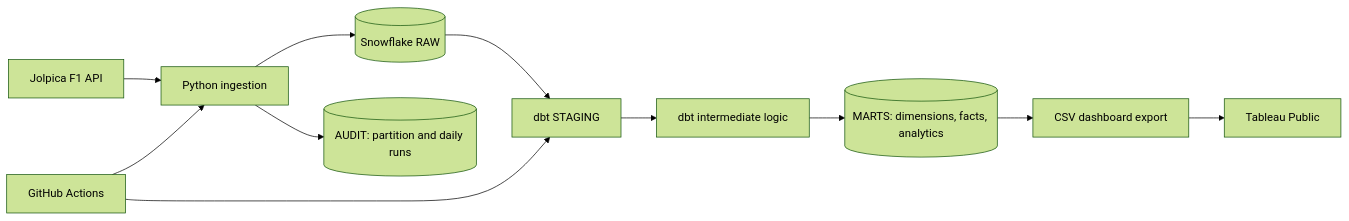
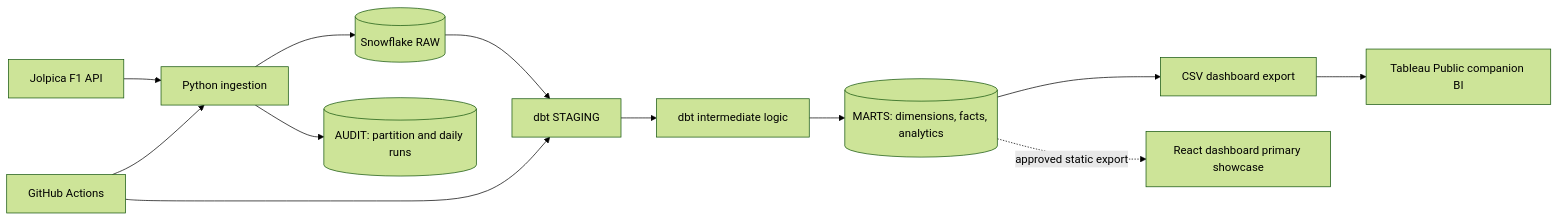
One commit to boseaditya1994/formula1-analytics-engineering changed the diagram in docs/architecture.md. Above: the diagram before and after it, drawn with Mermaid (forest theme). The commit also changed other lines of this file and 108 other files, not shown here.

Commit message:
feat: add secure React championship dashboard

````diff
--- a/docs/architecture.md
+++ b/docs/architecture.md
@@ -10,13 +10,14 @@
 ```mermaid
 flowchart LR
     J[Jolpica F1 API] --> P[Python ingestion]
     P --> R[(Snowflake RAW)]
     R --> S[dbt STAGING]
     S --> I[dbt intermediate logic]
     I --> M[(MARTS: dimensions, facts, analytics)]
     P --> A[(AUDIT: partition and daily runs)]
     M --> E[CSV dashboard export]
-    E --> T[Tableau Public]
+    E --> T[Tableau Public companion BI]
+    M -. approved static export .-> W[React dashboard primary showcase]
     G[GitHub Actions] --> P
     G --> S
 ```
````
